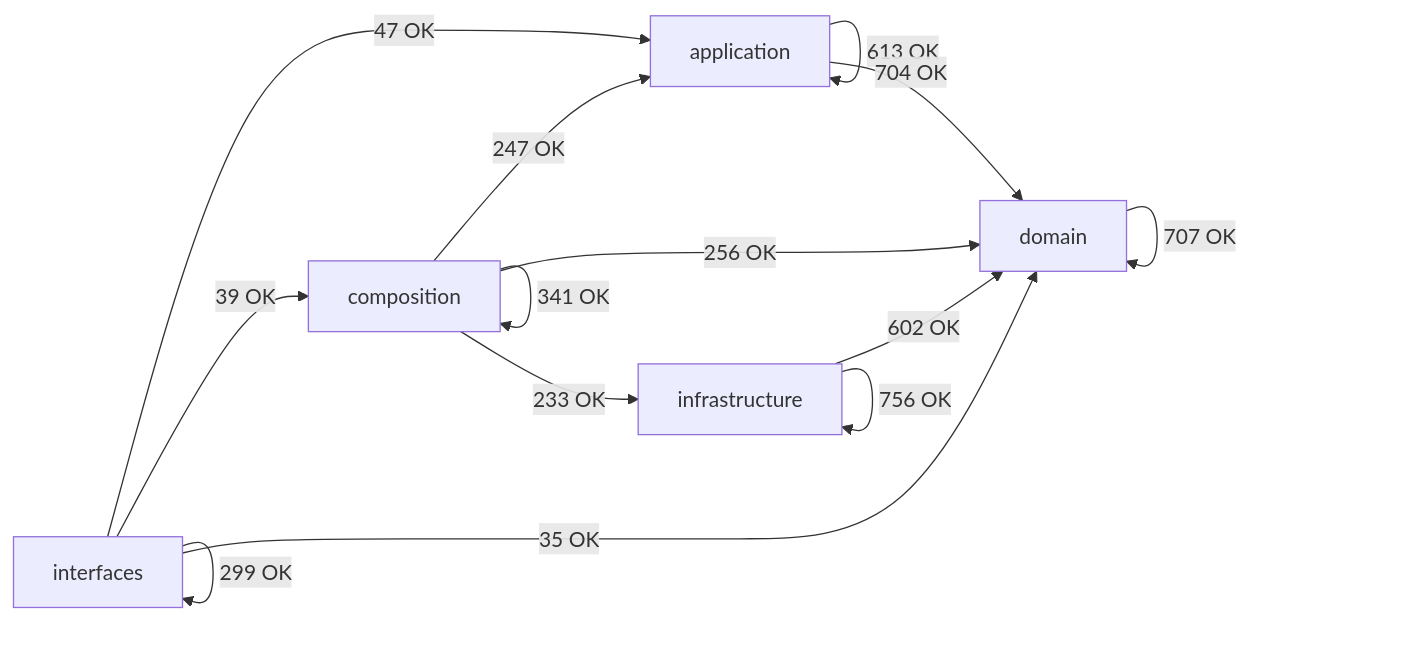
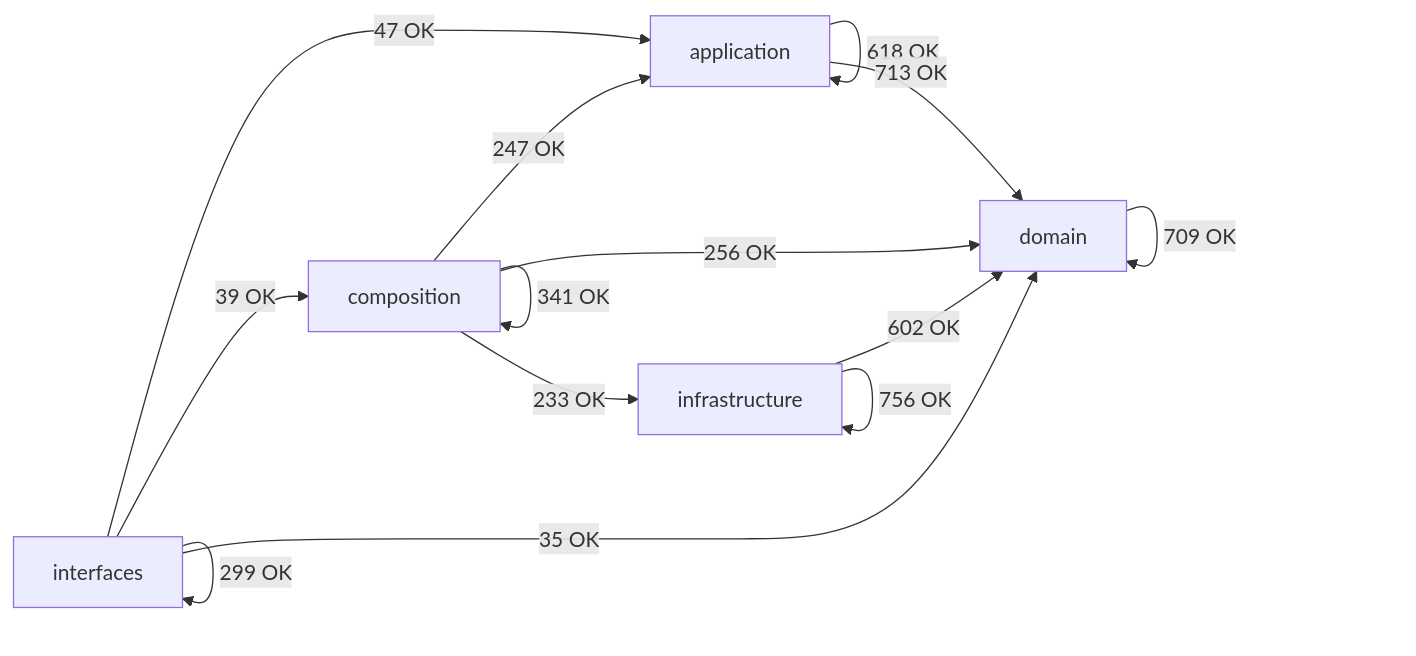
One commit to SatoryKono/BioactivityDataAcquisition changed the diagram in docs/02-architecture/generated/module-dependency-map.md. Above: the diagram before and after it, drawn with Mermaid. The commit also changed other lines of this file and 53 other files, not shown here.

````diff
--- a/docs/02-architecture/generated/module-dependency-map.md
+++ b/docs/02-architecture/generated/module-dependency-map.md
@@ -17,21 +17,21 @@
 ```mermaid
 flowchart LR
     domain[domain]
     application[application]
     infrastructure[infrastructure]
     composition[composition]
     interfaces[interfaces]
-    application -->|613 OK| application
-    application -->|704 OK| domain
+    application -->|618 OK| application
+    application -->|713 OK| domain
     composition -->|247 OK| application
     composition -->|341 OK| composition
     composition -->|256 OK| domain
     composition -->|233 OK| infrastructure
-    domain -->|707 OK| domain
+    domain -->|709 OK| domain
     infrastructure -->|602 OK| domain
     infrastructure -->|756 OK| infrastructure
     interfaces -->|47 OK| application
     interfaces -->|39 OK| composition
     interfaces -->|35 OK| domain
     interfaces -->|299 OK| interfaces
 ```
````
